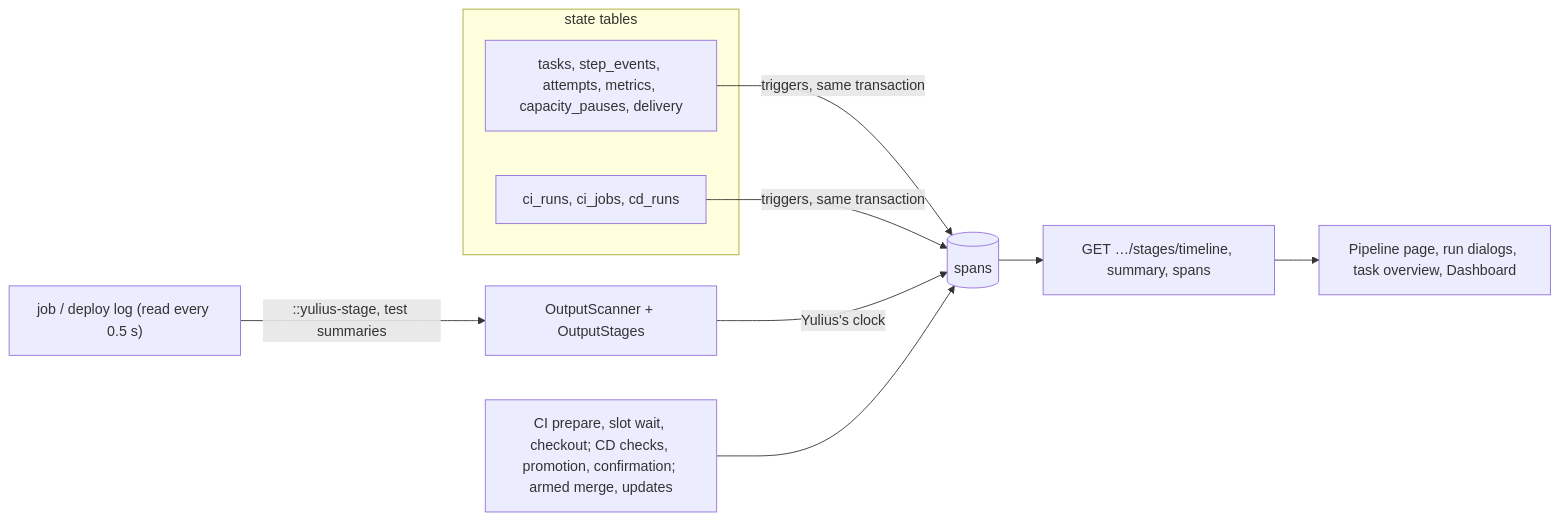
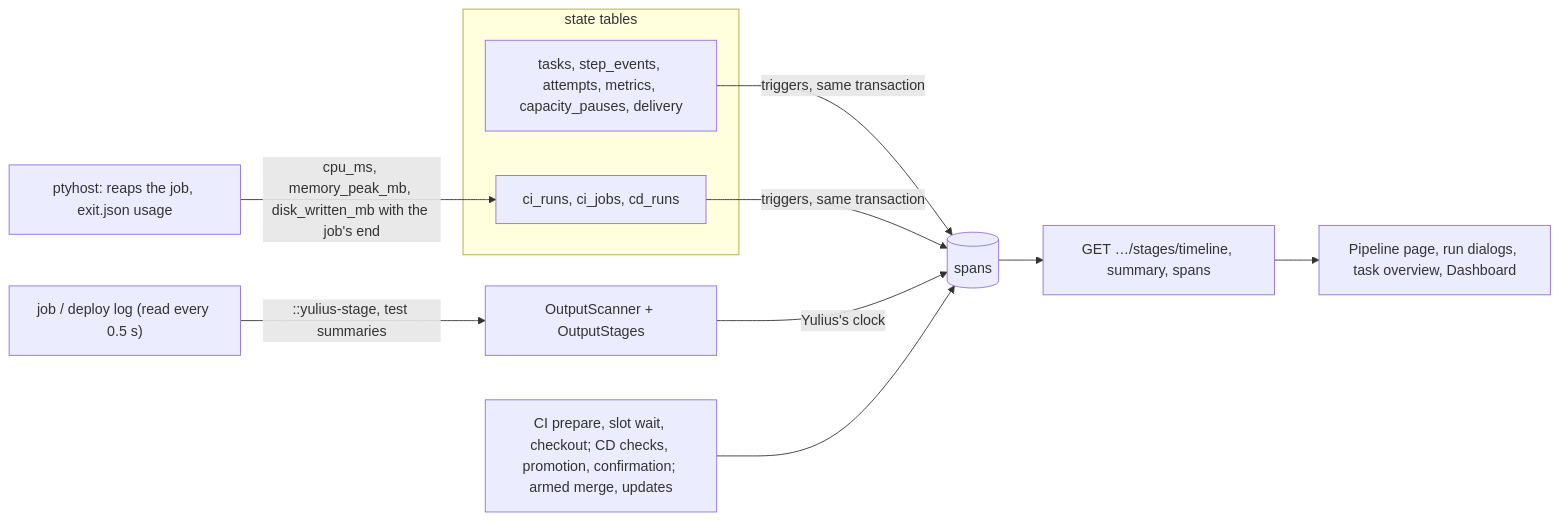
One commit to Quartio-Studio/yulius changed diagram 27 of 31 in docs/architecture.md. Above: the diagram before and after it, drawn with Mermaid. The commit also changed other lines of this file and 38 other files, not shown here.

First line of the commit message:
feat(ptyhost): fix #488: CI jobs and CD runs record their CPU, memory and disk use as stage figures (#528)

````diff
--- a/docs/architecture.md
+++ b/docs/architecture.md
@@ -910,14 +915,15 @@
 ```mermaid
 flowchart LR
   subgraph States["state tables"]
     T["tasks, step_events, attempts, metrics, capacity_pauses, delivery"]
     C["ci_runs, ci_jobs, cd_runs"]
   end
   T -->|"triggers, same transaction"| S[("spans")]
   C -->|"triggers, same transaction"| S
+  HOST["ptyhost: reaps the job, exit.json usage"] -->|"cpu_ms, memory_peak_mb, disk_written_mb with the job's end"| C
   LOG["job / deploy log (read every 0.5 s)"] -->|"::yulius-stage, test summaries"| SC["OutputScanner + OutputStages"]
   SC -->|"Yulius's clock"| S
   APP["CI prepare, slot wait, checkout; CD checks, promotion, confirmation; armed merge, updates"] --> S
   S --> API["GET …/stages/timeline, summary, spans"]
   API --> UI["Pipeline page, run dialogs, task overview, Dashboard"]
 ```
````
